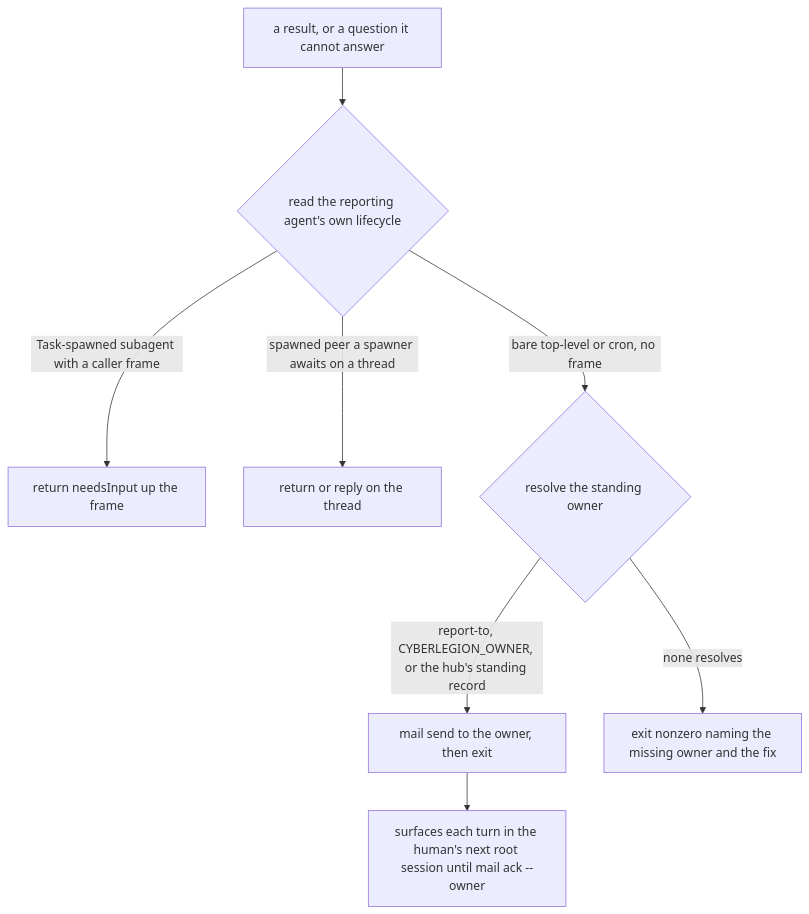
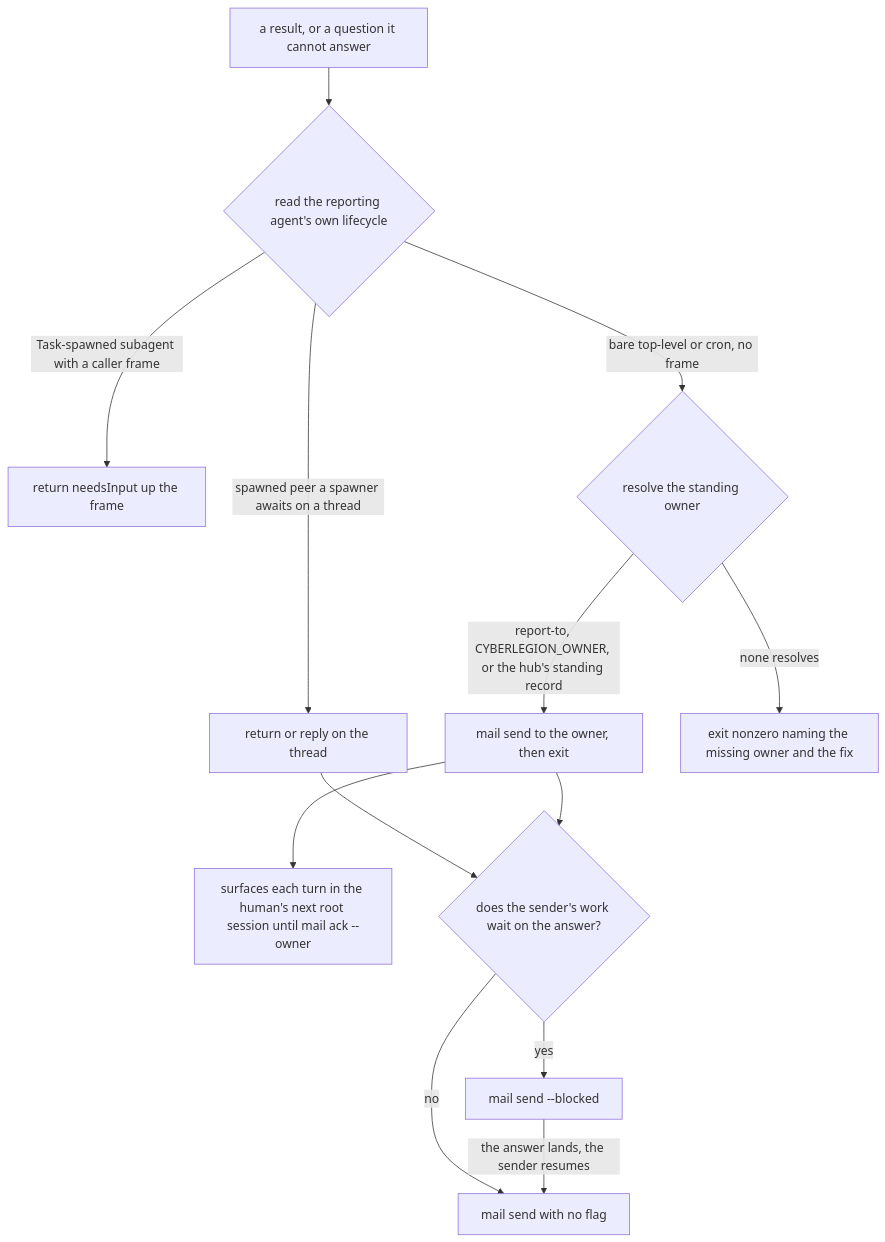
Before and after one commit to cyberuni/cyberlegion: the fifth of 9 diagrams in .agents/specs/cyberlegion-plugin/dispatch/README.md, drawn with Mermaid. The commit also changed other lines of this file and 6 other files, not shown here.

First line of the commit message:
feat: have units pass mail send --blocked when work waits on the answer

````diff
--- a/.agents/specs/cyberlegion-plugin/dispatch/README.md
+++ b/.agents/specs/cyberlegion-plugin/dispatch/README.md
@@ -270,10 +277,15 @@
 ```mermaid
 graph TD
   HAVE[a result, or a question it cannot answer] --> LIFE{read the reporting agent's own lifecycle}
   LIFE -->|Task-spawned subagent with a caller frame| UPFRAME[return needsInput up the frame]
   LIFE -->|spawned peer a spawner awaits on a thread| THREAD[return or reply on the thread]
   LIFE -->|bare top-level or cron, no frame| OWNER{resolve the standing owner}
   OWNER -->|report-to, CYBERLEGION_OWNER, or the hub's standing record| SEND[mail send to the owner, then exit]
   OWNER -->|none resolves| LOUD[exit nonzero naming the missing owner and the fix]
   SEND --> SURFACE[surfaces each turn in the human's next root session until mail ack --owner]
+  THREAD --> MARK{does the sender's work wait on the answer?}
+  SEND --> MARK
+  MARK -->|yes| BLOCKED[mail send --blocked]
+  MARK -->|no| PLAIN[mail send with no flag]
+  BLOCKED -->|the answer lands, the sender resumes| PLAIN
 ```
````
